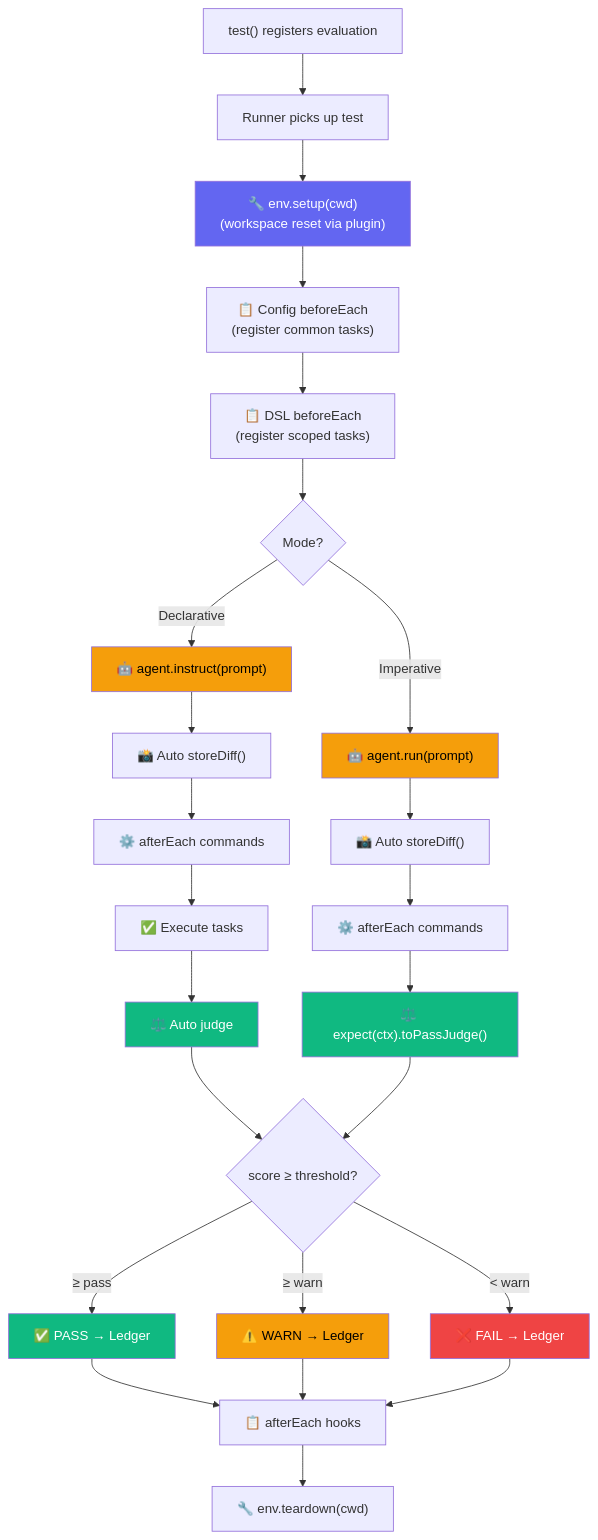
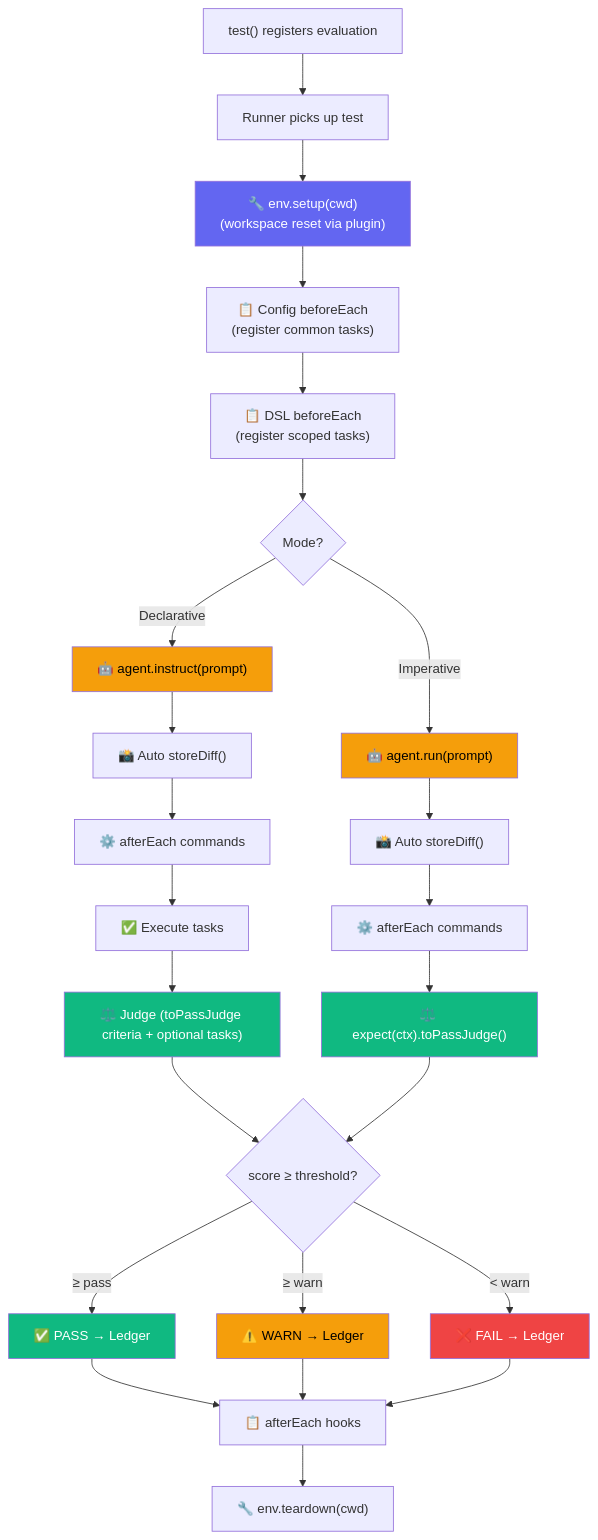
One commit to Tlahey/agent-eval changed the first of 4 diagrams in apps/docs/guide/writing-tests.md. Above: the diagram before and after it, drawn with Mermaid. The commit also changed other lines of this file and 17 other files, not shown here.

First line of the commit message:
feat(judge): require explicit toPassJudge criteria in declarative mode

````diff
--- a/apps/docs/guide/writing-tests.md
+++ b/apps/docs/guide/writing-tests.md
@@ -7,35 +7,35 @@
 ```mermaid
 flowchart TD
     A["test() registers evaluation"] --> B["Runner picks up test"]
     B --> B2["🔧 env.setup(cwd)\n(workspace reset via plugin)"]
     B2 --> B3["📋 Config beforeEach\n(register common tasks)"]
     B3 --> B4["📋 DSL beforeEach\n(register scoped tasks)"]
     B4 --> C{"Mode?"}
     C -- Declarative --> D1["🤖 agent.instruct(prompt)"]
     D1 --> D2["📸 Auto storeDiff()"]
     D2 --> D3["⚙️ afterEach commands"]
     D3 --> D4["✅ Execute tasks"]
-    D4 --> D5["⚖️ Auto judge"]
+    D4 --> D5["⚖️ Judge (toPassJudge criteria + optional tasks)"]
     C -- Imperative --> E1["🤖 agent.run(prompt)"]
     E1 --> E2["📸 Auto storeDiff()"]
     E2 --> E3["⚙️ afterEach commands"]
     E3 --> E4["⚖️ expect(ctx).toPassJudge()"]
     D5 --> F{"score ≥ threshold?"}
     E4 --> F
     F -- "≥ pass" --> G["✅ PASS → Ledger"]
     F -- "≥ warn" --> G2["⚠️ WARN → Ledger"]
     F -- "< warn" --> H["❌ FAIL → Ledger"]
     G --> I["📋 afterEach hooks"]
     G2 --> I
     H --> I
     I --> J["🔧 env.teardown(cwd)"]
 
     style B2 fill:#6366f1,color:#fff
     style D1 fill:#f59e0b,color:#000
     style E1 fill:#f59e0b,color:#000
     style D5 fill:#10b981,color:#fff
     style E4 fill:#10b981,color:#fff
     style G fill:#10b981,color:#fff
     style G2 fill:#f59e0b,color:#000
     style H fill:#ef4444,color:#fff
 ```
````
